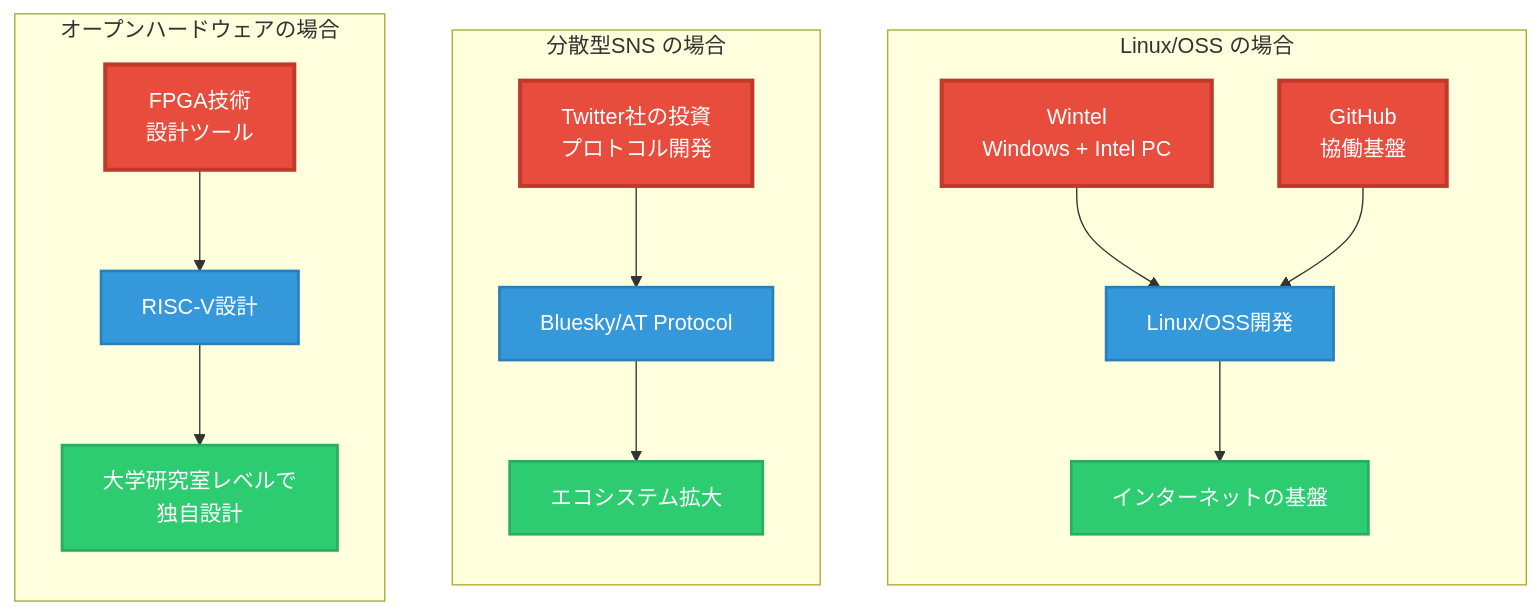
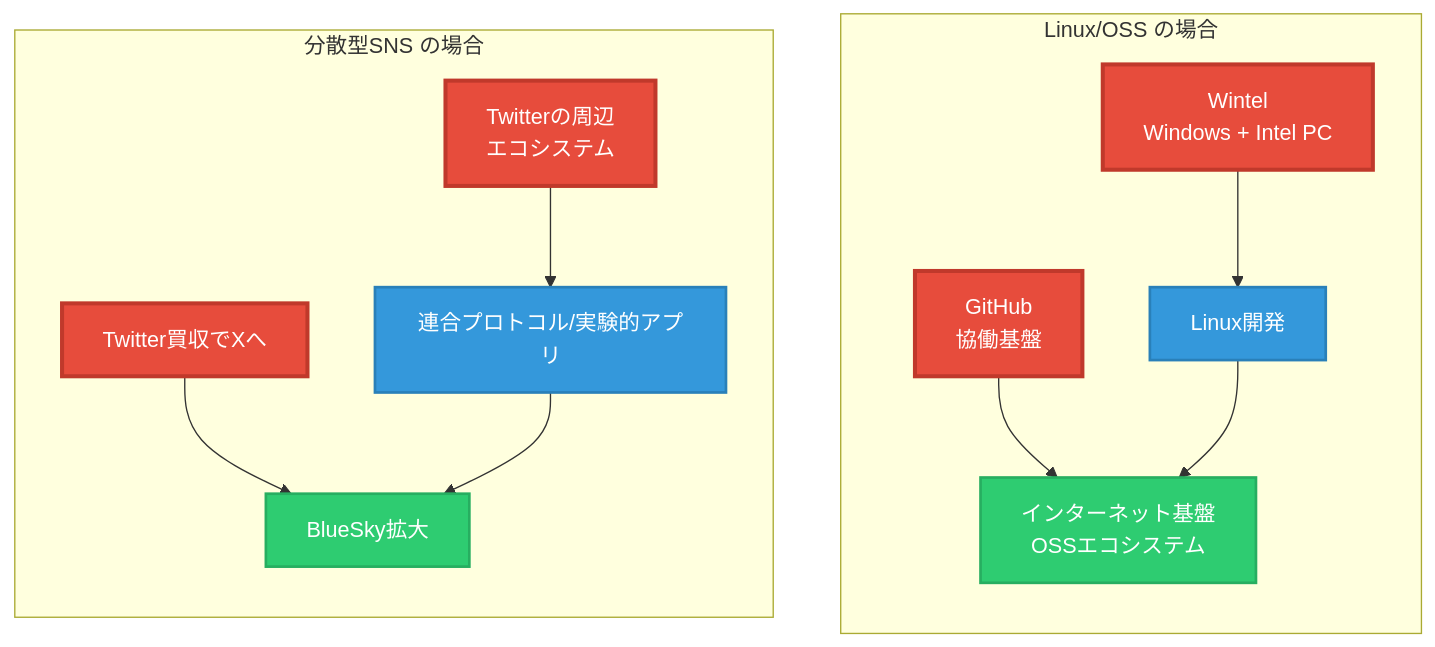
Before and after one commit to miurahr/kof2025-keynote-open-collaboration: the second of 3 diagrams in slide/index.md, drawn with Mermaid. The commit also changed other lines of this file, not shown here.

Commit message:
Expand and refine slide content: Introduce OpenStreetMap and its context, update diagrams, and enhance AI section details

```diff
--- a/slide/index.md
+++ b/slide/index.md
@@ -330,26 +345,22 @@
 <div class="mermaid">
     flowchart TB
         subgraph Linux/OSS["Linux/OSS の場合"]
             direction TB
             W[Wintel<br/>Windows + Intel PC]:::giant
             G[GitHub<br/>協働基盤]:::giant
-            W --> L[Linux/OSS開発]:::open
-            G --> L
-            L --> I[インターネットの基盤]:::result
+            W --> L[Linux開発]:::open
+            G --> I
+            L --> I[インターネット基盤<br>OSSエコシステム]:::result
         end
         subgraph SNS["分散型SNS の場合"]
             direction TB
-            T[Twitter社の投資<br/>プロトコル開発]:::giant
-            T --> B[Bluesky/AT Protocol]:::open
-            B --> E1[エコシステム拡大]:::result
-        end
-        subgraph Hardware["オープンハードウェアの場合"]
-            direction TB
-            F[FPGA技術<br/>設計ツール]:::giant
-            F --> R[RISC-V設計]:::open
-            R --> E2[大学研究室レベルで<br/>独自設計]:::result
+            T[Twitterの周辺<br/>エコシステム]:::giant
+            X[Twitter買収でXへ]:::giant
+            T --> B[連合プロトコル/実験的アプリ]:::open
+            X --> E1
+            B --> E1[BlueSky拡大]:::result
         end
         classDef giant fill:#e74c3c,stroke:#c0392b,stroke-width:3px,color:#fff;
         classDef open fill:#3498db,stroke:#2980b9,stroke-width:2px,color:#fff;
         classDef result fill:#2ecc71,stroke:#27ae60,stroke-width:2px,color:#fff;
 </div>
```
